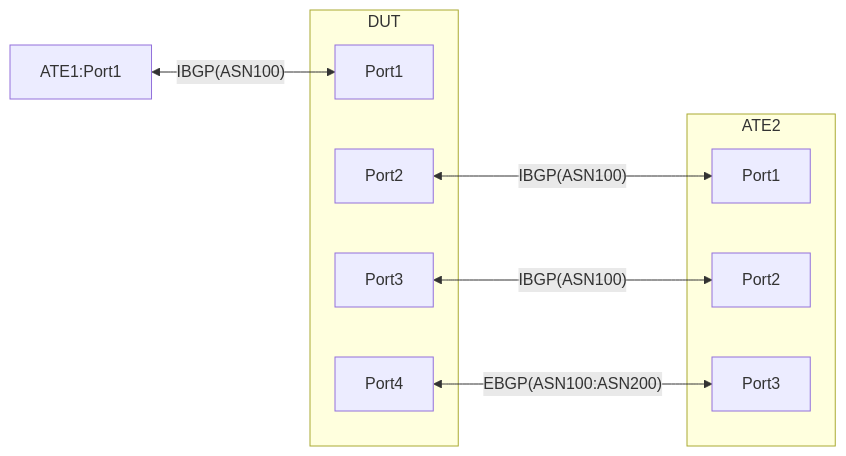
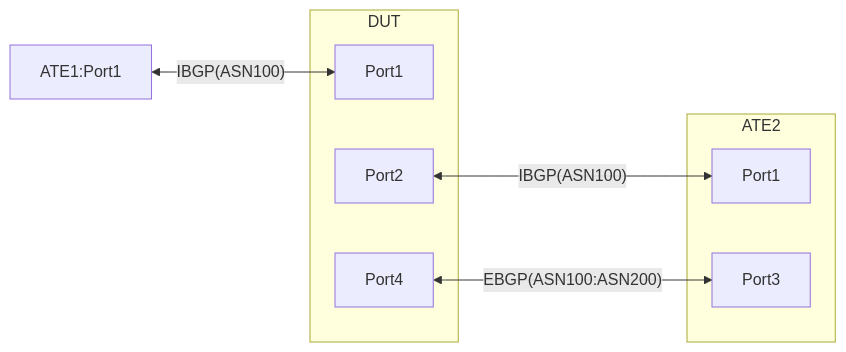
Before and after one commit to openconfig/featureprofiles: the diagram in feature/policy_forwarding/encapsulation/otg_tests/staticgueencap_and_bgp_path_selection/README.md, drawn with Mermaid. The commit also changed other lines of this file, not shown here.

````diff
--- a/feature/policy_forwarding/encapsulation/otg_tests/staticgueencap_and_bgp_path_selection/README.md
+++ b/feature/policy_forwarding/encapsulation/otg_tests/staticgueencap_and_bgp_path_selection/README.md
@@ -11,20 +31,17 @@
 ```mermaid
 graph LR; 
 subgraph DUT [DUT]
     B1[Port1]
     B2[Port2]
-    B3[Port3]
     B4[Port4]
 end
 
 subgraph ATE2 [ATE2]
     C1[Port1]
-    C2[Port2]
     C3[Port3]
 end
 
 A1[ATE1:Port1] <-- IBGP(ASN100) --> B1; 
 B2 <-- IBGP(ASN100) --> C1; 
-B3 <-- IBGP(ASN100) --> C2;
 B4 <-- EBGP(ASN100:ASN200) --> C3;
 ```
````
